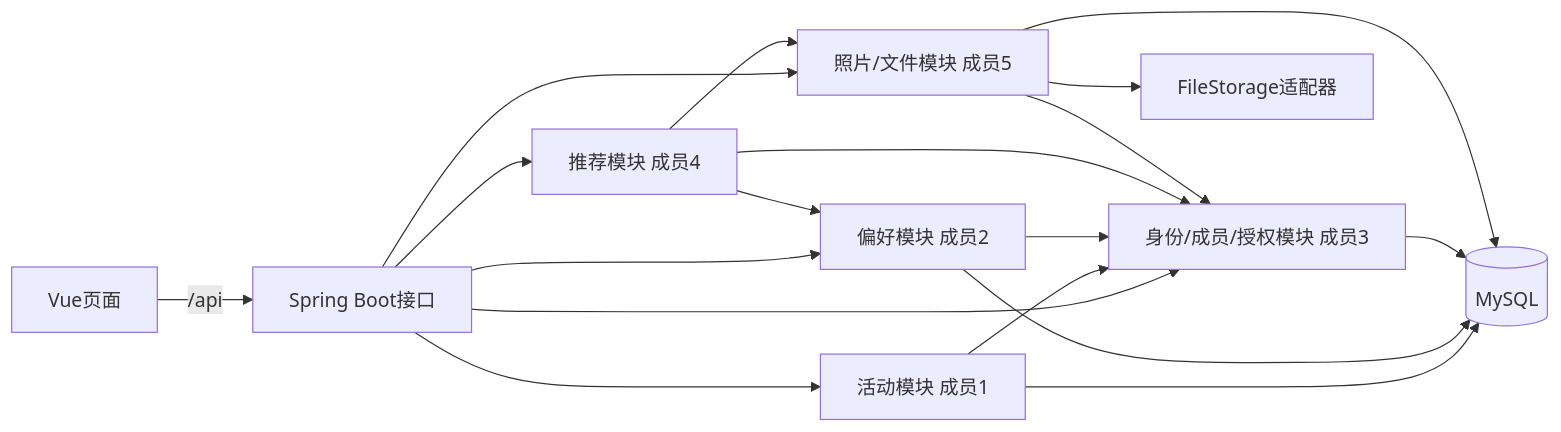
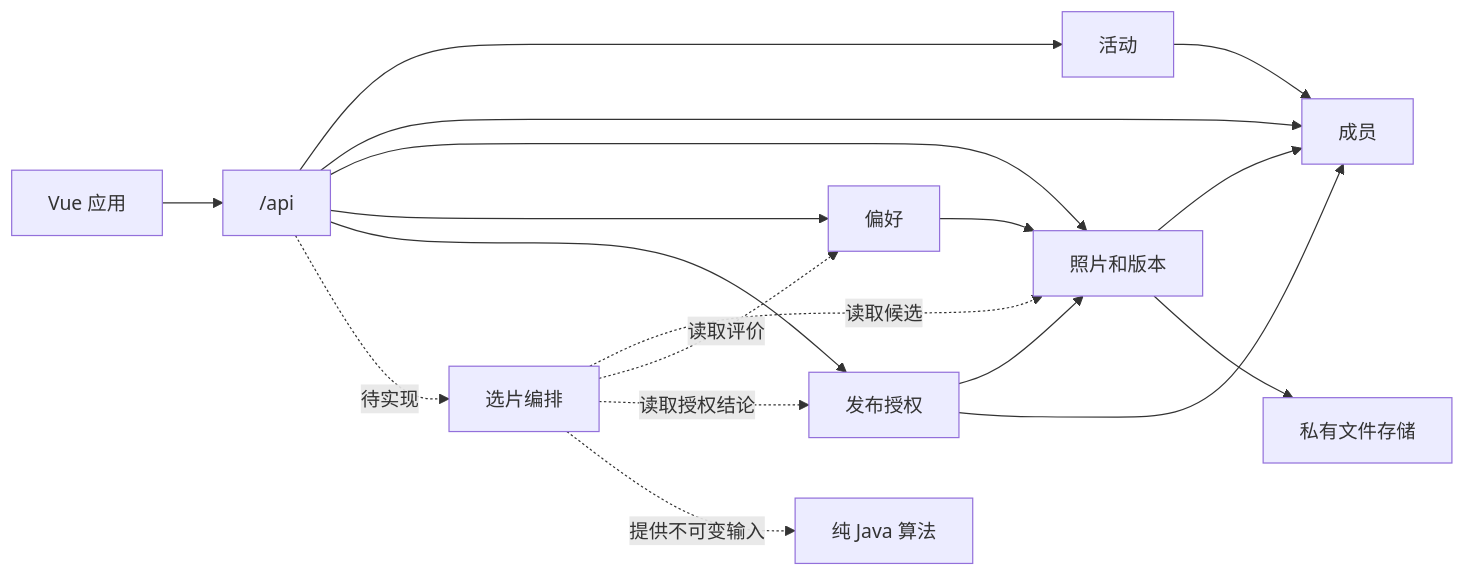
One commit to Jdeciderz23/frame-and-say changed the diagram in docs/03-architecture.md. Above: the diagram before and after it, drawn with Mermaid. The commit also changed other lines of this file and 53 other files, not shown here.

````diff
--- a/docs/03-architecture.md
+++ b/docs/03-architecture.md
@@ -20,20 +9,20 @@
 ```mermaid
 flowchart LR
-  Web[Vue页面] -->|/api| API[Spring Boot接口]
-  API --> Event[活动模块 成员1]
-  API --> Preference[偏好模块 成员2]
-  API --> Policy[身份/成员/授权模块 成员3]
-  API --> Recommendation[推荐模块 成员4]
-  API --> Photo[照片/文件模块 成员5]
-  Event --> Policy
-  Preference --> Policy
-  Recommendation --> Policy
-  Recommendation --> Photo
-  Recommendation --> Preference
-  Photo --> Policy
-  Photo --> Storage[FileStorage适配器]
-  Event --> DB[(MySQL)]
-  Preference --> DB
-  Policy --> DB
-  Photo --> DB
+  Web[Vue 应用] --> API["/api"]
+  API --> Event[活动]
+  API --> Membership[成员]
+  API --> Photo[照片和版本]
+  API --> Preference[偏好]
+  API --> Consent[发布授权]
+  API -. 待实现 .-> Selection[选片编排]
+  Event --> Membership
+  Photo --> Membership
+  Preference --> Photo
+  Consent --> Photo
+  Consent --> Membership
+  Photo --> Storage[私有文件存储]
+  Selection -. 读取候选 .-> Photo
+  Selection -. 读取评价 .-> Preference
+  Selection -. 读取授权结论 .-> Consent
+  Selection -. 提供不可变输入 .-> Algorithm[纯 Java 算法]
 ```
````
